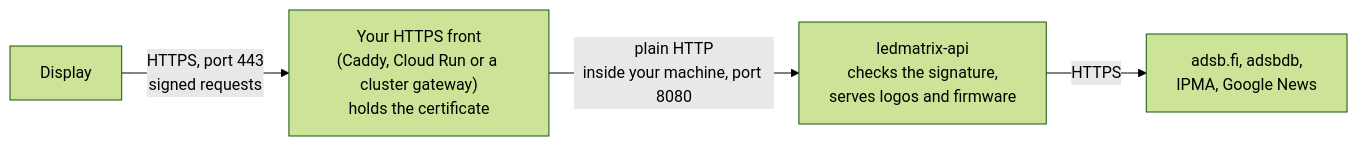
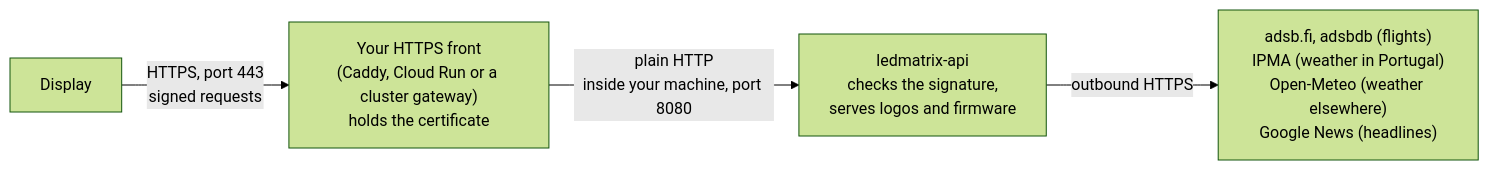
Before and after one commit to suvl/ledmatrix: the first of 3 diagrams in docs/hosting.md, drawn with Mermaid (forest theme). The commit also changed other lines of this file and 7 other files, not shown here.

First line of the commit message:
Docs wave 2: weather outside Portugal, headline editions, signed updates and key rotation [skip ci]

````diff
--- a/docs/hosting.md
+++ b/docs/hosting.md
@@ -47,6 +47,6 @@
 ```mermaid
 flowchart LR
   D["Display"] -- "HTTPS, port 443<br/>signed requests" --> X["Your HTTPS front<br/>(Caddy, Cloud Run or a cluster gateway)<br/>holds the certificate"]
   X -- "plain HTTP<br/>inside your machine, port 8080" --> A["ledmatrix-api<br/>checks the signature,<br/>serves logos and firmware"]
-  A -- "HTTPS" --> S["adsb.fi, adsbdb,<br/>IPMA, Google News"]
+  A -- "outbound HTTPS" --> S["adsb.fi, adsbdb (flights)<br/>IPMA (weather in Portugal)<br/>Open-Meteo (weather elsewhere)<br/>Google News (headlines)"]
 ```
````
